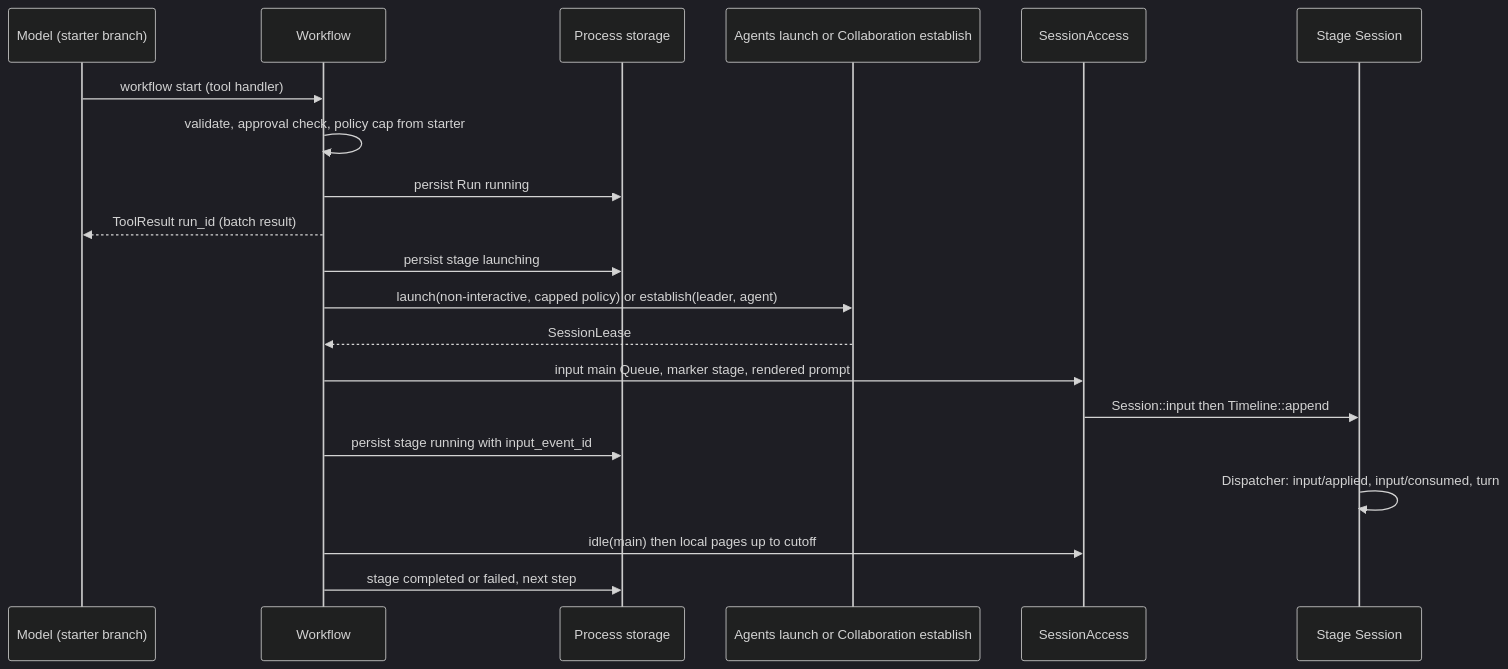
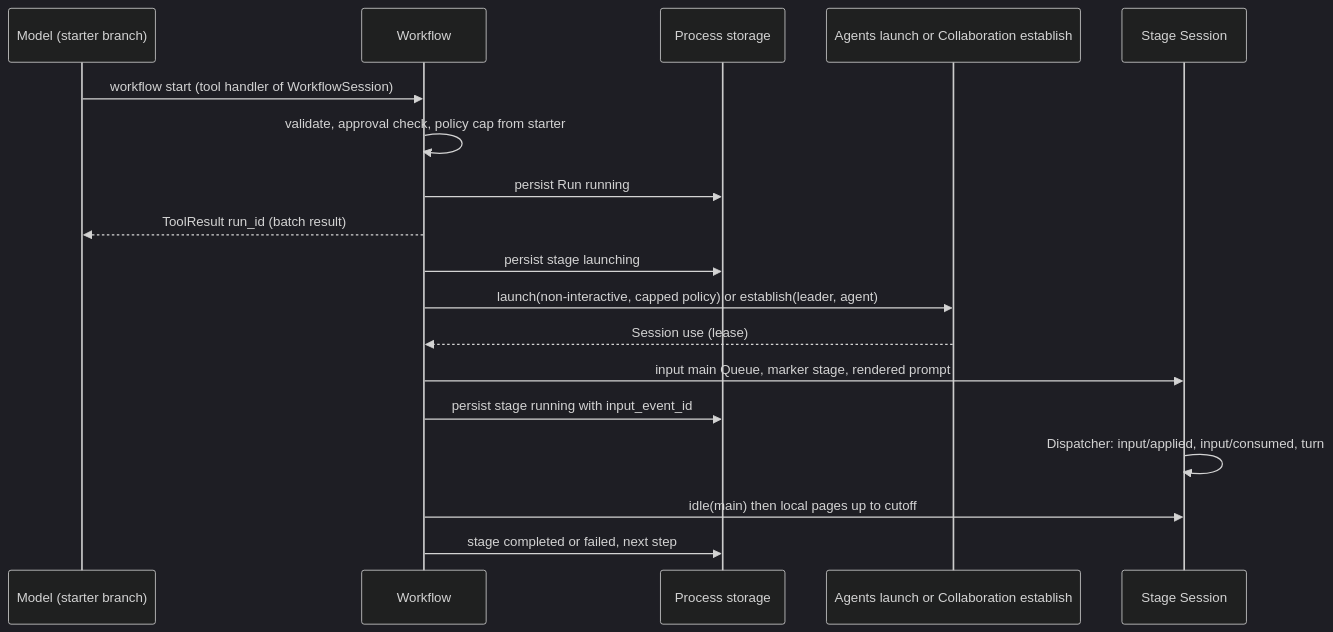
Before and after one commit to CoutinhoTTS/dim-agent: the third of 6 diagrams in docs/design/plugins/Workflow.md, drawn with Mermaid (dark theme). The commit also changed other lines of this file and 3 other files, not shown here.

````diff
--- a/docs/design/plugins/Workflow.md
+++ b/docs/design/plugins/Workflow.md
@@ -96,22 +96,20 @@
 ```mermaid
 sequenceDiagram
   participant M as Model (starter branch)
   participant WF as Workflow
   participant ST as Process storage
   participant AG as Agents launch or Collaboration establish
-  participant SA as SessionAccess
   participant SS as Stage Session
-  M->>WF: workflow start (tool handler)
+  M->>WF: workflow start (tool handler of WorkflowSession)
   WF->>WF: validate, approval check, policy cap from starter
   WF->>ST: persist Run running
   WF-->>M: ToolResult run_id (batch result)
   WF->>ST: persist stage launching
   WF->>AG: launch(non-interactive, capped policy) or establish(leader, agent)
-  AG-->>WF: SessionLease
-  WF->>SA: input main Queue, marker stage, rendered prompt
-  SA->>SS: Session::input then Timeline::append
+  AG-->>WF: Session use (lease)
+  WF->>SS: input main Queue, marker stage, rendered prompt
   WF->>ST: persist stage running with input_event_id
   SS->>SS: Dispatcher: input/applied, input/consumed, turn
-  WF->>SA: idle(main) then local pages up to cutoff
+  WF->>SS: idle(main) then local pages up to cutoff
   WF->>ST: stage completed or failed, next step
 ```
````
